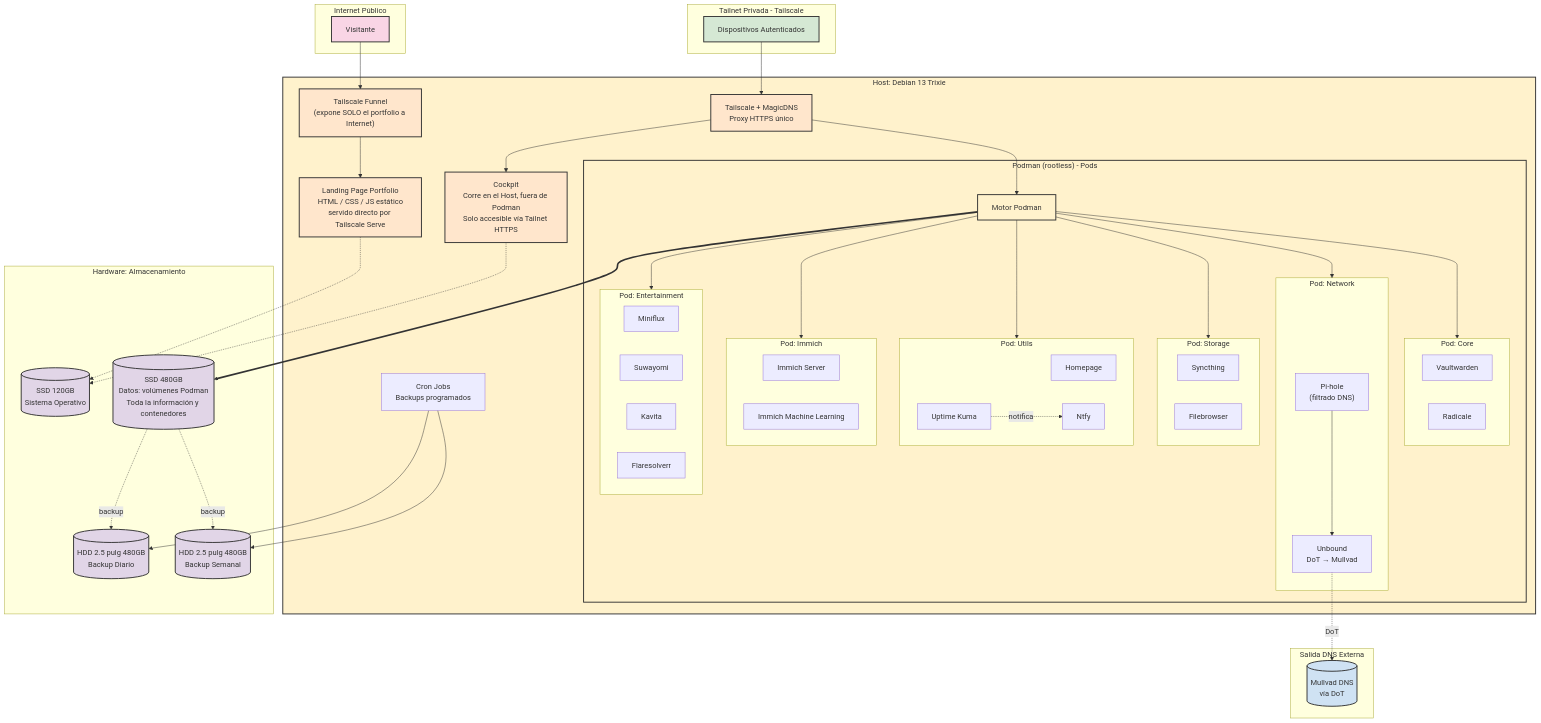
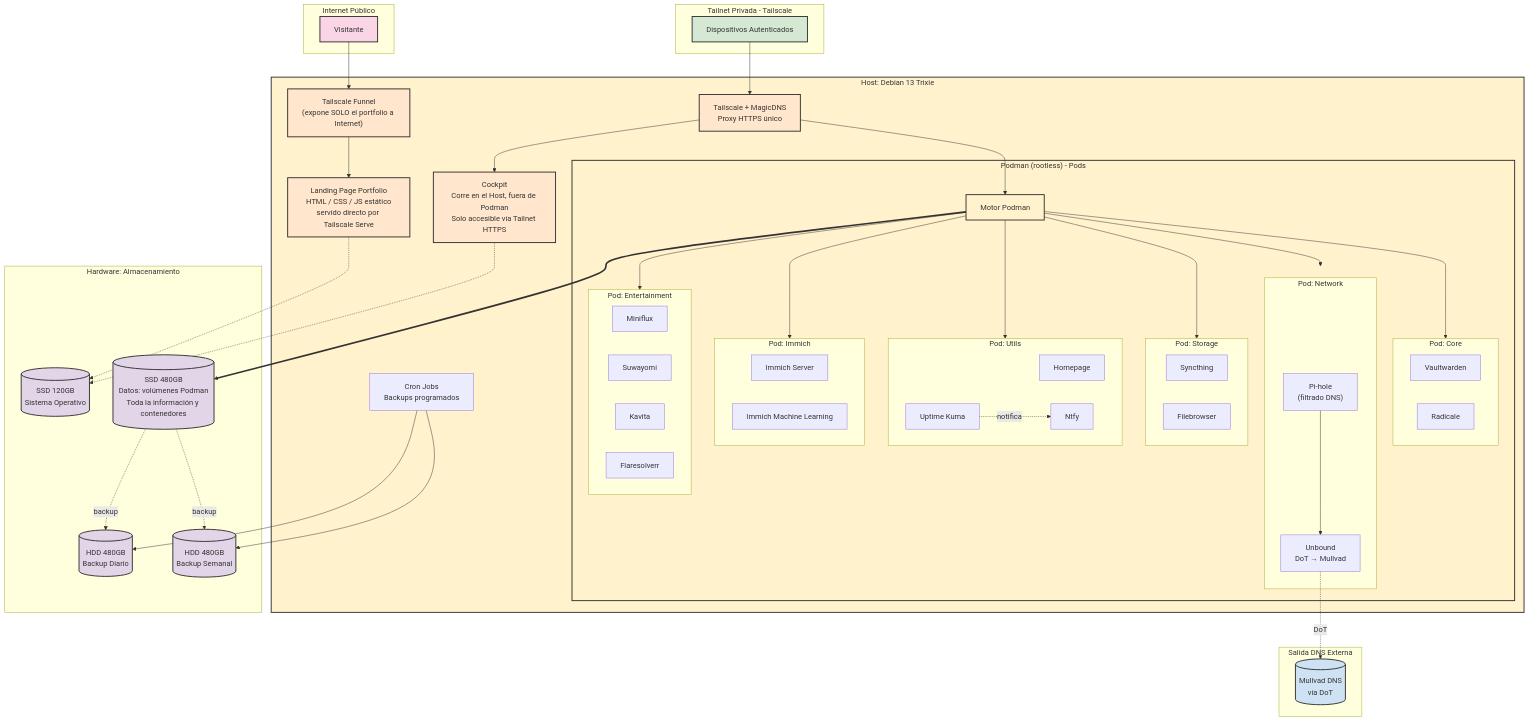
The diagram in md/sobre-el-servidor.md (ncorrea-13/homeserver-landing), drawn with Mermaid before and after one commit. The commit also changed other lines of this file and 7 other files, not shown here.

```diff
--- a/md/sobre-el-servidor.md
+++ b/md/sobre-el-servidor.md
@@ -88,8 +88,8 @@
     subgraph Almacenamiento ["Hardware: Almacenamiento"]
         SSD_OS[("SSD 120GB<br/>Sistema Operativo")]
         SSD_Data[("SSD 480GB<br/>Datos: volúmenes Podman<br/>Toda la información y contenedores")]
-        HDD_Daily[("HDD 2.5 pulg 480GB<br/>Backup Diario")]
-        HDD_Weekly[("HDD 2.5 pulg 480GB<br/>Backup Semanal")]
+        HDD_Daily[("HDD 480GB<br/>Backup Diario")]
+        HDD_Weekly[("HDD 480GB<br/>Backup Semanal")]
     end
 
     subgraph Salida_DNS ["Salida DNS Externa"]
```
